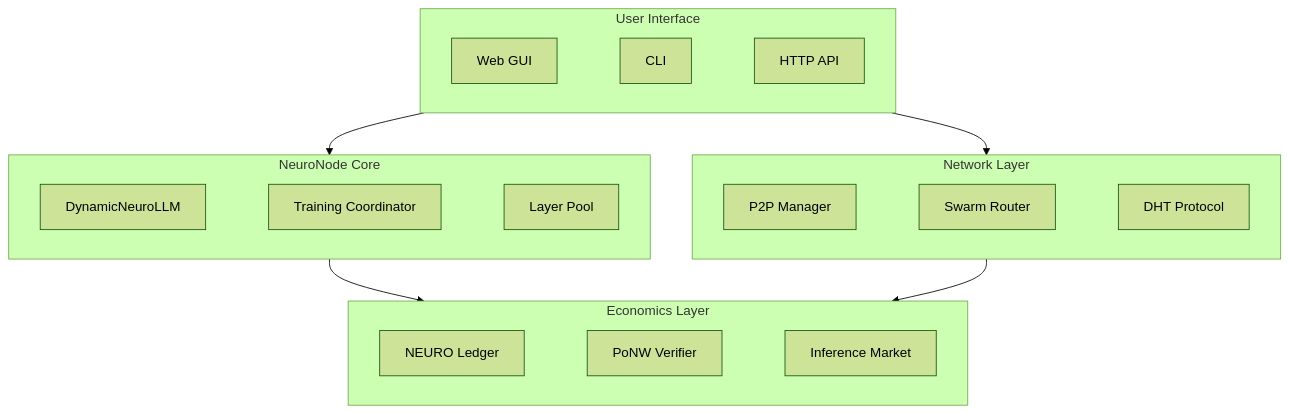
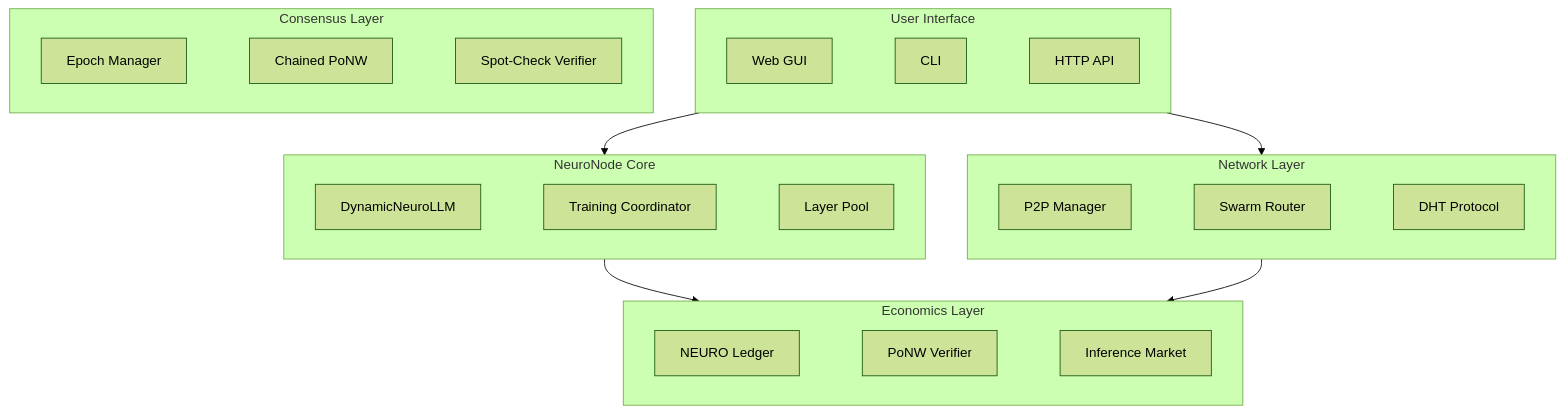
The first of 3 diagrams in docs-site/architecture/overview.md (Nexaroa/neuroshard), drawn with Mermaid (forest theme) before and after one commit. The commit also changed other lines of this file and 2 other files, not shown here.

First line of the commit message:
Implement Chained PoNW Enhancements and Update Version to 0.2.34

````diff
--- a/docs-site/architecture/overview.md
+++ b/docs-site/architecture/overview.md
@@ -7,27 +7,32 @@
 ```mermaid
 graph TB
     subgraph UI ["User Interface"]
         direction LR
         Web[Web GUI] ~~~ CLI[CLI] ~~~ API[HTTP API]
     end
 
     subgraph Core ["NeuroNode Core"]
         direction LR
         LLM[DynamicNeuroLLM] ~~~ Trainer[Training Coordinator] ~~~ Pool[Layer Pool]
     end
 
     subgraph Net ["Network Layer"]
         direction LR
         P2P[P2P Manager] ~~~ Router[Swarm Router] ~~~ DHT[DHT Protocol]
     end
 
     subgraph Eco ["Economics Layer"]
         direction LR
         Ledger[NEURO Ledger] ~~~ PoNW[PoNW Verifier] ~~~ Market[Inference Market]
     end
 
+    subgraph Consensus ["Consensus Layer"]
+        direction LR
+        EpochMgr[Epoch Manager] ~~~ ChainedPoNW[Chained PoNW] ~~~ SpotCheck[Spot-Check Verifier]
+    end
+
     UI --> Core
     UI --> Net
     Core --> Eco
     Net --> Eco
 ```
````
